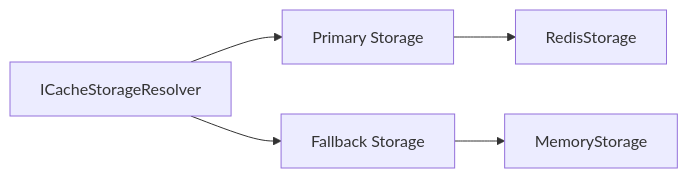
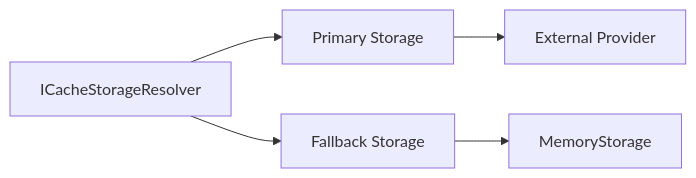
Before and after one commit to FEDERIN/CoreSystem: the second of 2 diagrams in docs/Cache/Architecture.md, drawn with Mermaid. The commit also changed other lines of this file and 29 other files, not shown here.

````diff
--- a/docs/Cache/Architecture.md
+++ b/docs/Cache/Architecture.md
@@ -165,13 +143,13 @@
 ```mermaid
 graph LR
 
     Resolver["ICacheStorageResolver"]
 
     Resolver --> Primary["Primary Storage"]
 
-    Resolver --> Secondary["Fallback Storage"]
+    Resolver --> Fallback["Fallback Storage"]
 
-    Primary --> Redis["RedisStorage"]
+    Primary --> External["External Provider"]
 
-    Secondary --> Memory["MemoryStorage"]
+    Fallback --> Memory["MemoryStorage"]
 ```
````
